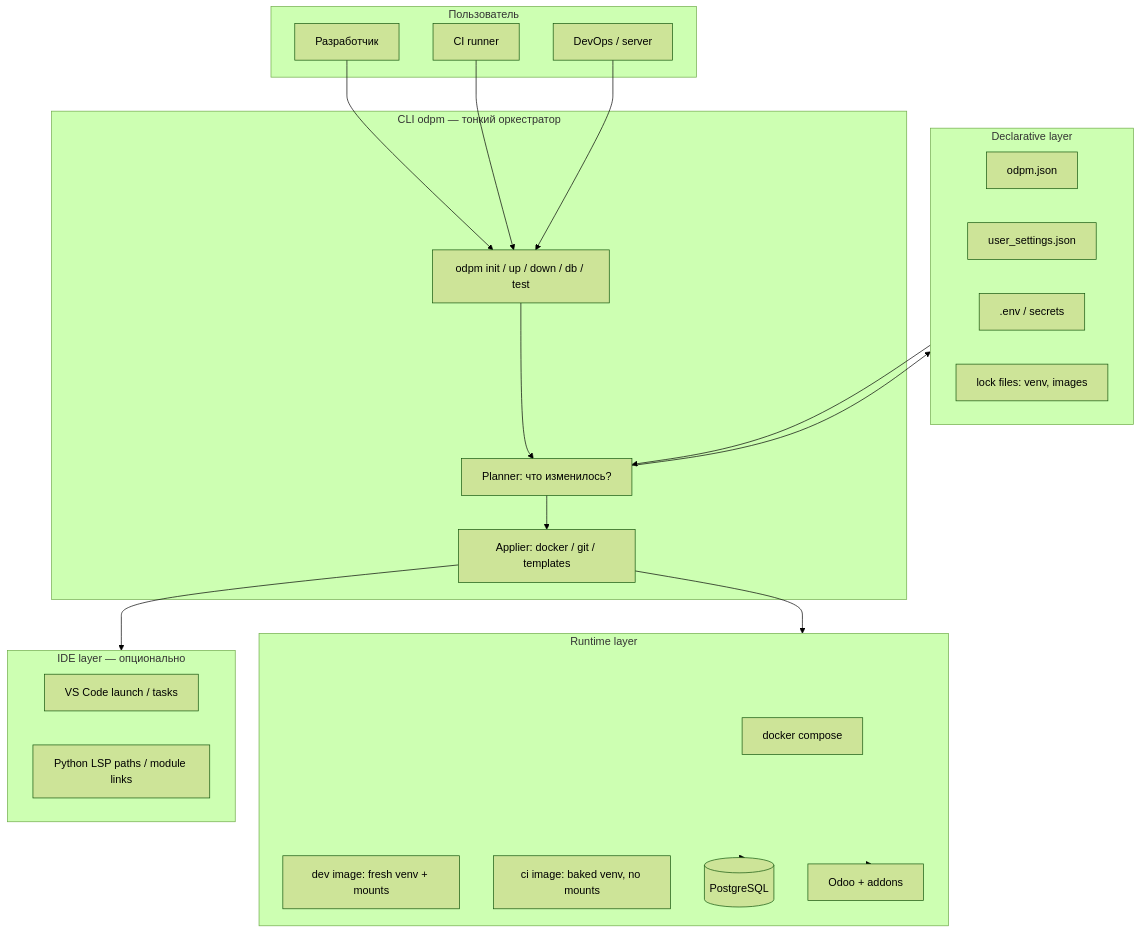
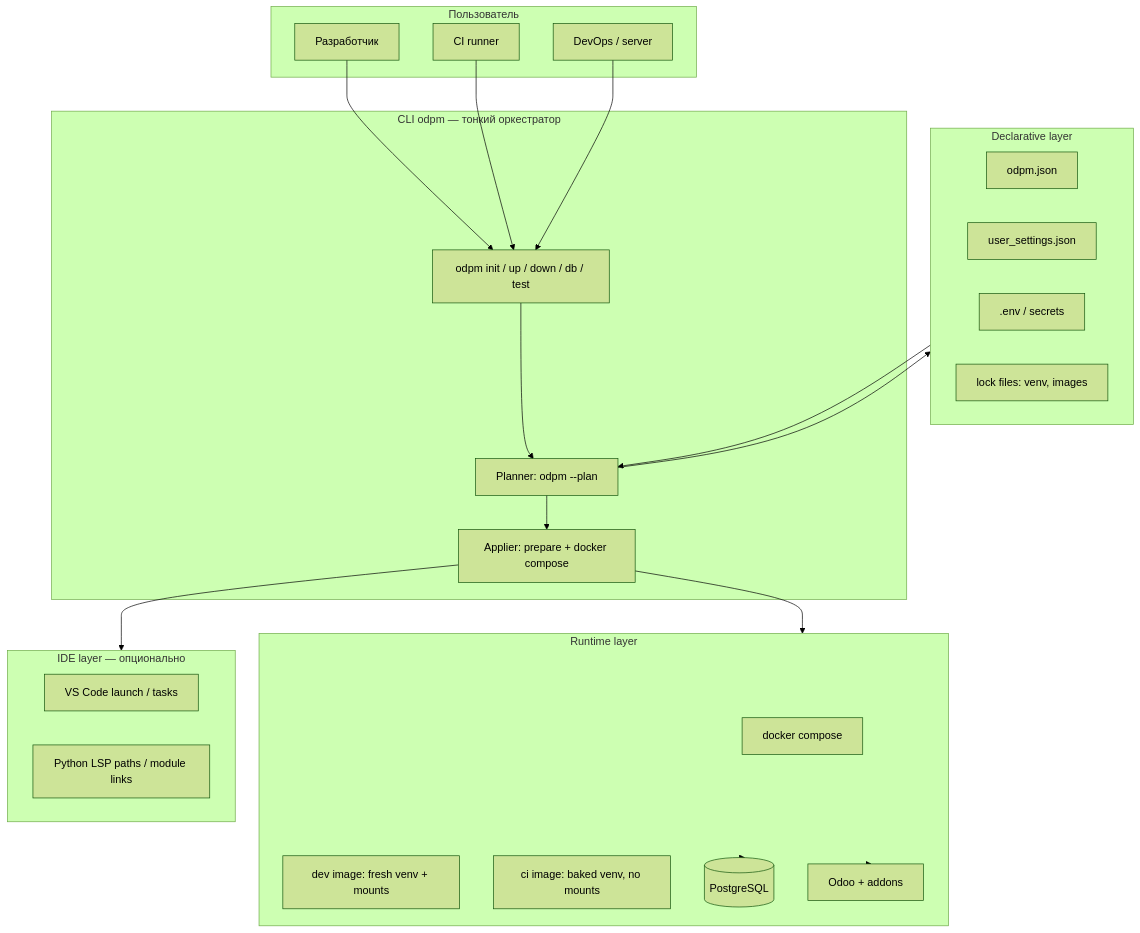
The first of 7 diagrams in goals_ru.md (aayartsev/odpm), drawn with Mermaid (forest theme) before and after one commit. The commit also changed other lines of this file, not shown here.

Commit message:
[4.0][FEATURE] Update goals_ru.md to reflect changes in CLI commands and principles, including enhancements to the odpm --plan functionality and clarifications on dev_mode behavior.

````diff
--- a/goals_ru.md
+++ b/goals_ru.md
@@ -34,46 +34,46 @@
 ```mermaid
 flowchart TB
     subgraph user [Пользователь]
         dev[Разработчик]
         ci[CI runner]
         ops[DevOps / server]
     end
 
     subgraph cli [CLI odpm — тонкий оркестратор]
         cmd[odpm init / up / down / db / test]
-        plan[Planner: что изменилось?]
-        apply[Applier: docker / git / templates]
+        plan[Planner: odpm --plan]
+        apply[Applier: prepare + docker compose]
     end
 
     subgraph manifest [Declarative layer]
         odpm_json[odpm.json]
         user_json[user_settings.json]
         env[.env / secrets]
         lock[lock files: venv, images]
     end
 
     subgraph runtime [Runtime layer]
         compose[docker compose]
         img_dev[dev image: fresh venv + mounts]
         img_ci[ci image: baked venv, no mounts]
         pg[(PostgreSQL)]
         odoo[Odoo + addons]
     end
 
     subgraph ide [IDE layer — опционально]
         vscode[VS Code launch / tasks]
         lsp[Python LSP paths / module links]
     end
 
     dev --> cmd
     ci --> cmd
     ops --> cmd
     cmd --> plan
     plan --> manifest
     plan --> apply
     apply --> runtime
     apply --> ide
     manifest --> plan
     runtime --> odoo
     runtime --> pg
 ```
````
